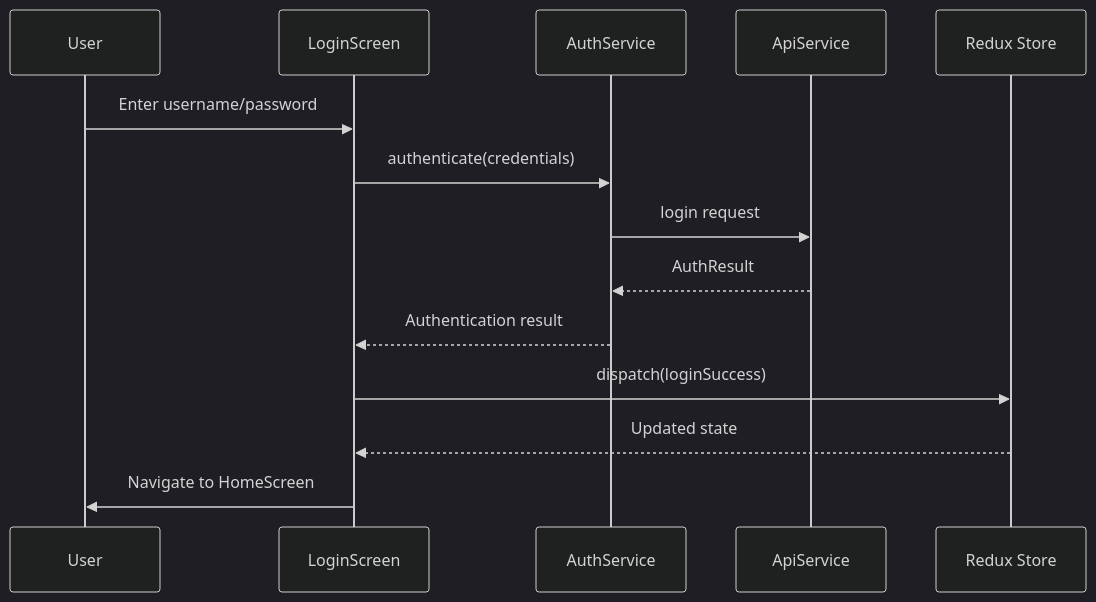
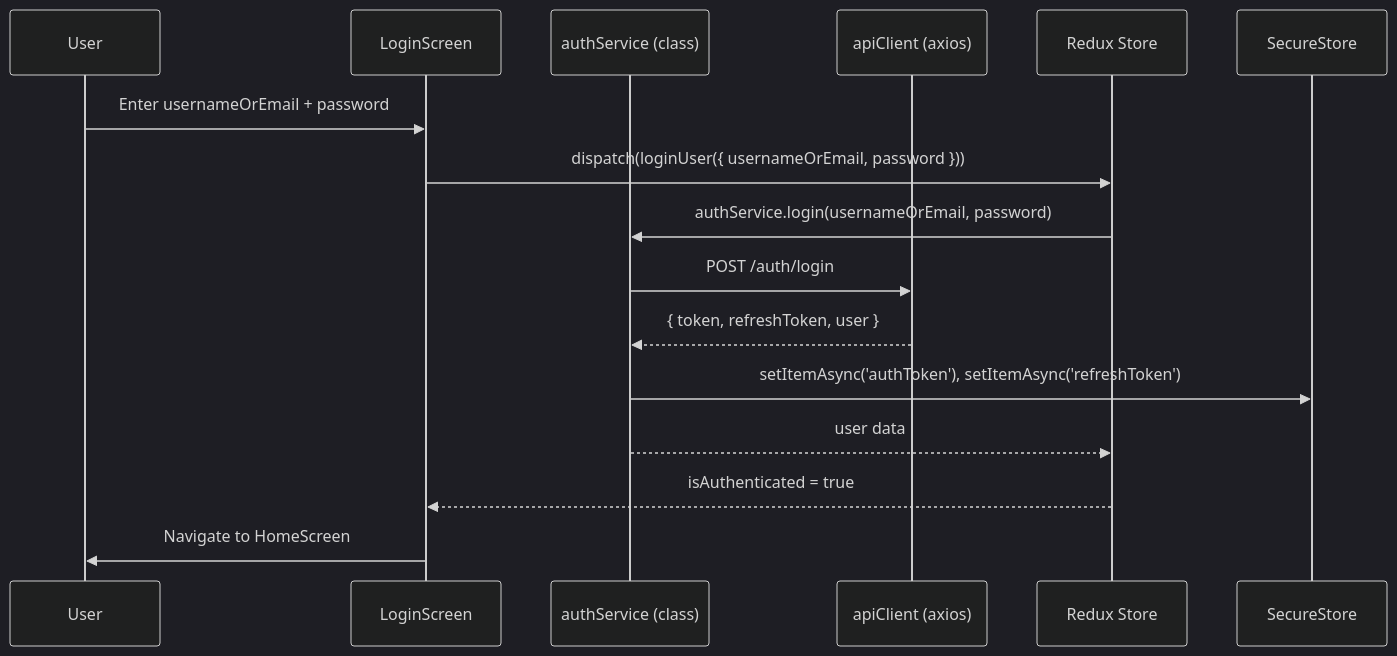
Before and after one commit to Tuanph1970/all_projects: the second of 3 diagrams in mathematic-mobile/documents/front_end_design.md, drawn with Mermaid (dark theme). The commit also changed other lines of this file and 24 other files, not shown here.

````diff
--- a/mathematic-mobile/documents/front_end_design.md
+++ b/mathematic-mobile/documents/front_end_design.md
@@ -314,17 +365,18 @@
 ```mermaid
 sequenceDiagram
     participant U as User
     participant LS as LoginScreen
-    participant AS as AuthService
-    participant API as ApiService
+    participant AS as authService (class)
+    participant API as apiClient (axios)
     participant Store as Redux Store
-    
-    U->>LS: Enter username/password
-    LS->>AS: authenticate(credentials)
-    AS->>API: login request
-    API-->>AS: AuthResult
-    AS-->>LS: Authentication result
-    LS->>Store: dispatch(loginSuccess)
-    Store-->>LS: Updated state
+
+    U->>LS: Enter usernameOrEmail + password
+    LS->>Store: dispatch(loginUser({ usernameOrEmail, password }))
+    Store->>AS: authService.login(usernameOrEmail, password)
+    AS->>API: POST /auth/login
+    API-->>AS: { token, refreshToken, user }
+    AS->>SecureStore: setItemAsync('authToken'), setItemAsync('refreshToken')
+    AS-->>Store: user data
+    Store-->>LS: isAuthenticated = true
     LS->>U: Navigate to HomeScreen
 ```
````
